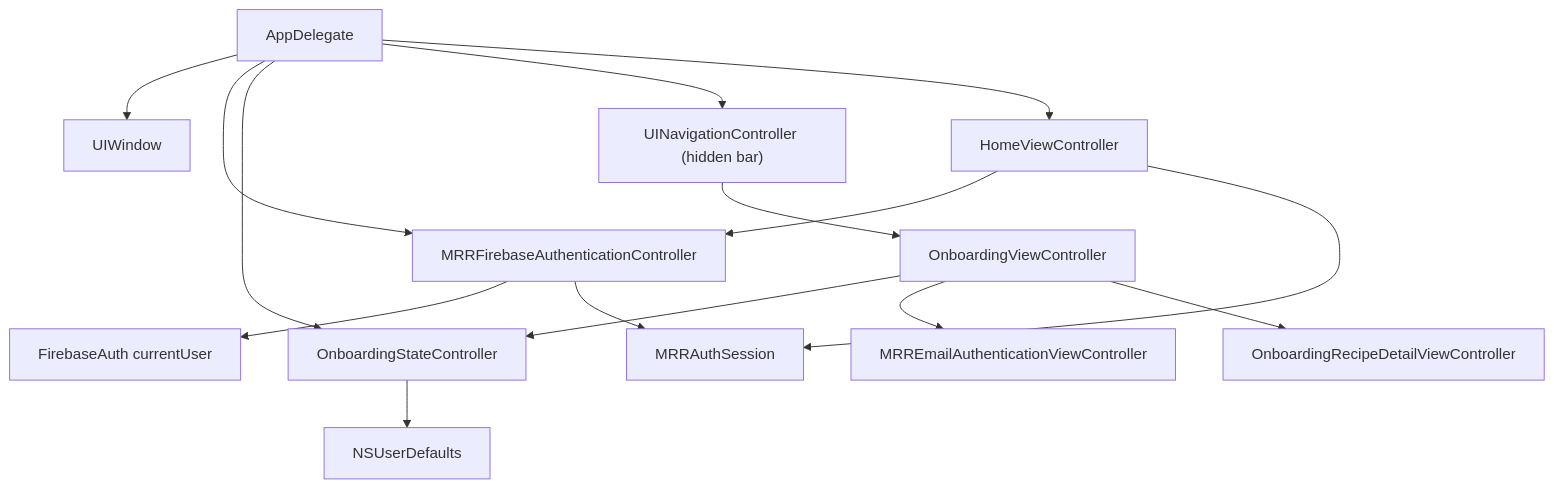
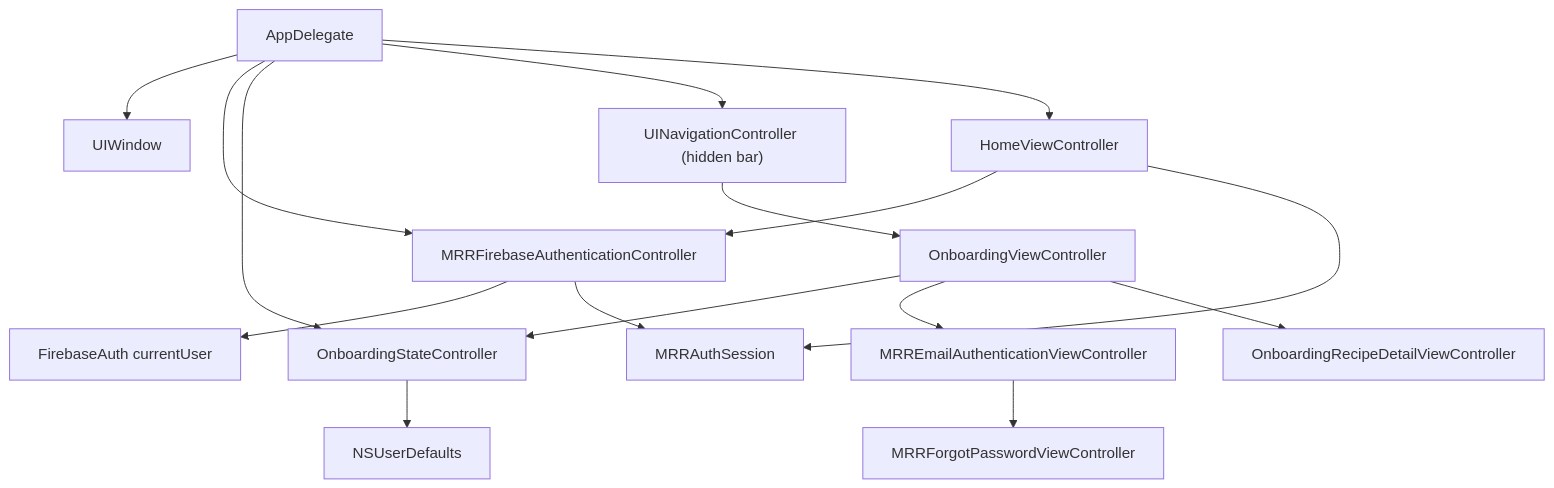
The third of 6 diagrams in ARCHITECTURE.md (bengidev/ios_mrr_learning_project), drawn with Mermaid before and after one commit. The commit also changed other lines of this file and 2 other files, not shown here.

````diff
--- a/ARCHITECTURE.md
+++ b/ARCHITECTURE.md
@@ -106,30 +113,32 @@
 ```mermaid
 flowchart TB
   app["AppDelegate"]
   window["UIWindow"]
   auth["MRRFirebaseAuthenticationController"]
   session["MRRAuthSession"]
   state["OnboardingStateController"]
   nav["UINavigationController (hidden bar)"]
   onboarding["OnboardingViewController"]
   email["MRREmailAuthenticationViewController"]
+  reset["MRRForgotPasswordViewController"]
   detail["OnboardingRecipeDetailViewController"]
   home["HomeViewController"]
   defaults["NSUserDefaults"]
   firebase["FirebaseAuth currentUser"]
 
   app --> window
   app --> auth
   app --> state
   state --> defaults
   auth --> firebase
   auth --> session
   app --> nav
   nav --> onboarding
   onboarding --> state
   onboarding --> email
+  email --> reset
   onboarding --> detail
   app --> home
   home --> auth
   home --> session
 ```
````
